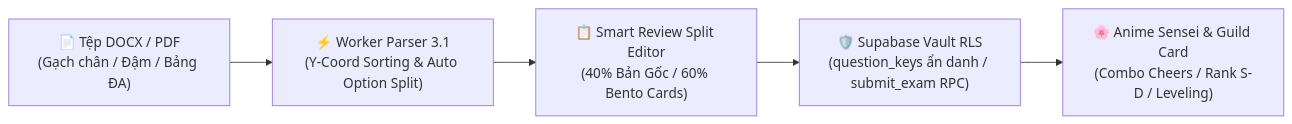
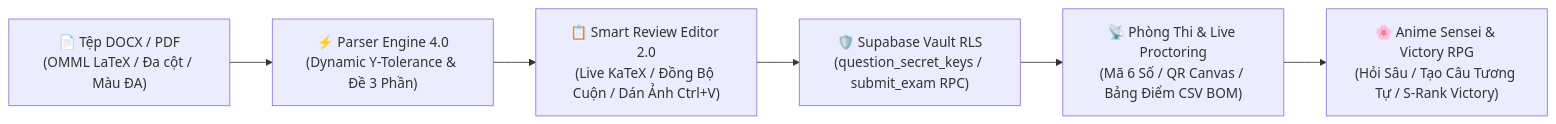
One commit to Harilowji/OmniQuiz changed the first of 2 diagrams in README.md. Above: the diagram before and after it, drawn with Mermaid. The commit also changed other lines of this file, not shown here.

Commit message:
docs: update README with Phase 4.0 Azota Anime architecture and test results

````diff
--- a/README.md
+++ b/README.md
@@ -126,7 +126,8 @@
 ```mermaid
 flowchart LR
-    A["📄 Tệp DOCX / PDF<br/>(Gạch chân / Đậm / Bảng ĐA)"] --> B["⚡ Worker Parser 3.1<br/>(Y-Coord Sorting & Auto Option Split)"]
-    B --> C["📋 Smart Review Split Editor<br/>(40% Bản Gốc / 60% Bento Cards)"]
-    C --> D["🛡️ Supabase Vault RLS<br/>(question_keys ẩn danh / submit_exam RPC)"]
-    D --> E["🌸 Anime Sensei & Guild Card<br/>(Combo Cheers / Rank S-D / Leveling)"]
+    A["📄 Tệp DOCX / PDF<br/>(OMML LaTeX / Đa cột / Màu ĐA)"] --> B["⚡ Parser Engine 4.0<br/>(Dynamic Y-Tolerance & Đề 3 Phần)"]
+    B --> C["📋 Smart Review Editor 2.0<br/>(Live KaTeX / Đồng Bộ Cuộn / Dán Ảnh Ctrl+V)"]
+    C --> D["🛡️ Supabase Vault RLS<br/>(question_secret_keys / submit_exam RPC)"]
+    D --> E["📡 Phòng Thi & Live Proctoring<br/>(Mã 6 Số / QR Canvas / Bảng Điểm CSV BOM)"]
+    E --> F["🌸 Anime Sensei & Victory RPG<br/>(Hỏi Sâu / Tạo Câu Tương Tự / S-Rank Victory)"]
 ```
````
